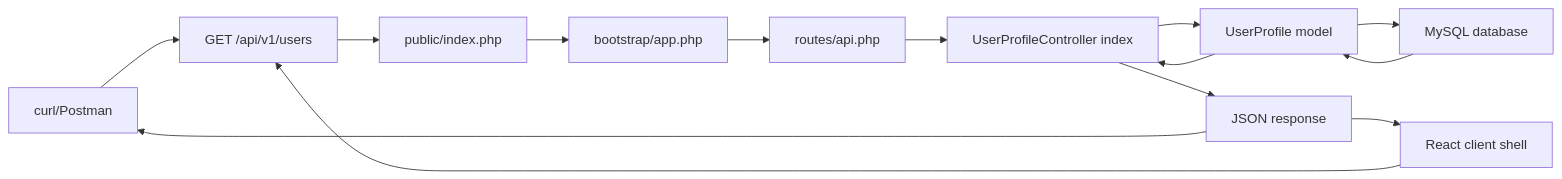
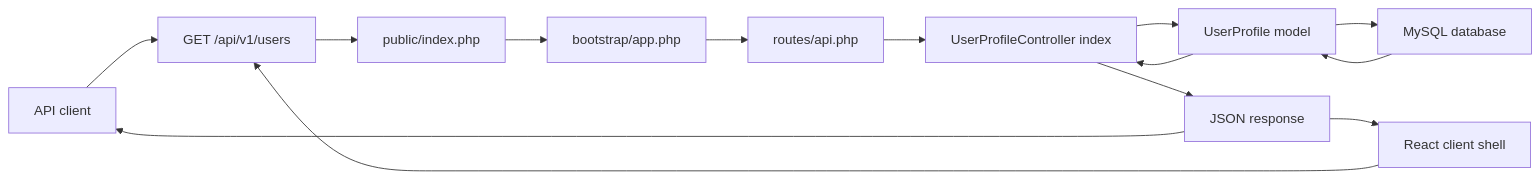
Before and after one commit to habibtalib/laravel-api-tutorial: the diagram in training/day-1-laravel-api-foundations.md, drawn with Mermaid. The commit also changed other lines of this file and 4 other files, not shown here.

````diff
--- a/training/day-1-laravel-api-foundations.md
+++ b/training/day-1-laravel-api-foundations.md
@@ -45,16 +45,16 @@
 ```mermaid
 flowchart LR
-    Client["curl/Postman"] --> Request["GET /api/v1/users"]
+    Client["API client"] --> Request["GET /api/v1/users"]
     React["React client shell"] --> Request
     Request --> Entry["public/index.php"]
     Entry --> Bootstrap["bootstrap/app.php"]
     Bootstrap --> Routes["routes/api.php"]
     Routes --> Controller["UserProfileController index"]
     Controller --> Model["UserProfile model"]
     Model --> Database["MySQL database"]
     Database --> Model
     Model --> Controller
     Controller --> Response["JSON response"]
     Response --> Client
     Response --> React
 ```
````
